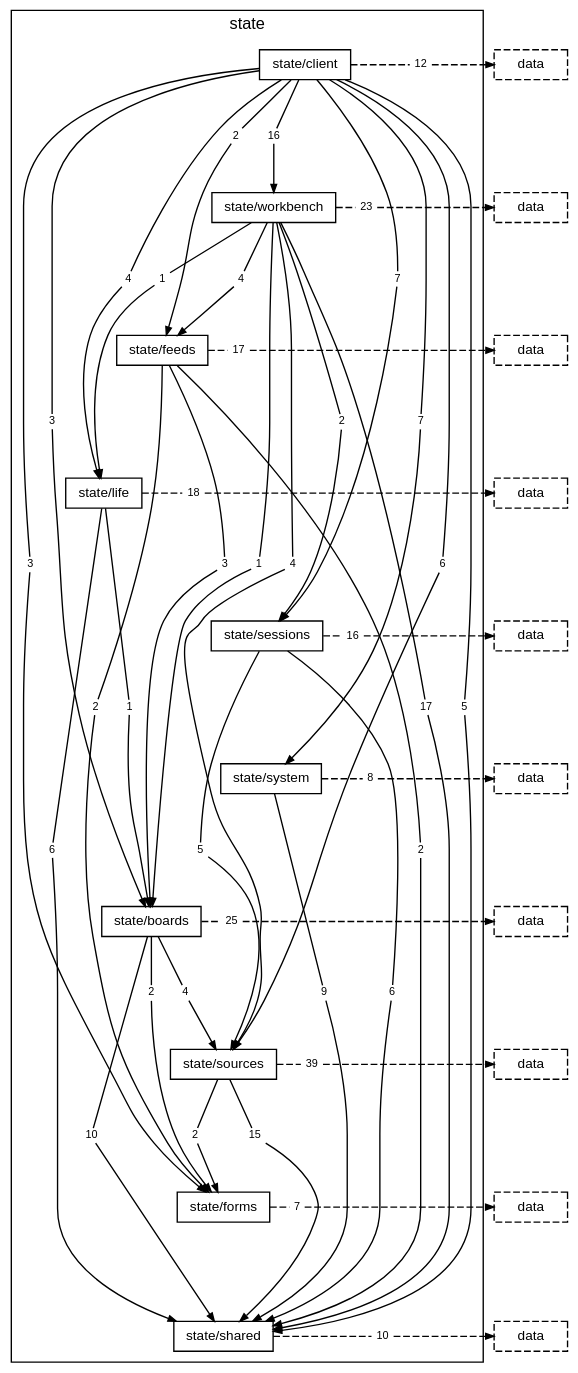
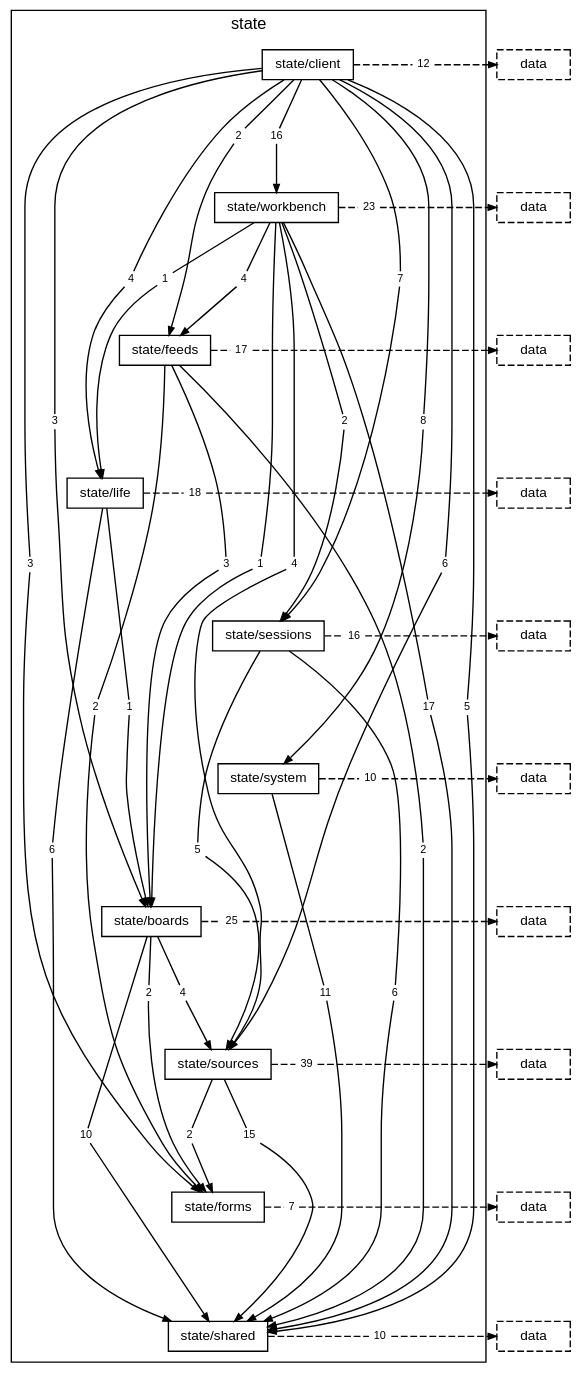
One commit to TheAxeC/oculus changed the diagram in docs/diagrams/layer-state.dot. Above: the diagram before and after it, drawn with Graphviz. The commit also changed 118 other files, not shown here.

```diff
--- a/docs/diagrams/layer-state.dot
+++ b/docs/diagrams/layer-state.dot
@@ -21,7 +21,7 @@
         "folder state/client to folder state/sessions" [label="7", shape=box, color="transparent", fontsize=8, width=0, height=0, margin="0.04,0.02"];
         "folder state/client to folder state/shared" [label="5", shape=box, color="transparent", fontsize=8, width=0, height=0, margin="0.04,0.02"];
         "folder state/client to folder state/sources" [label="6", shape=box, color="transparent", fontsize=8, width=0, height=0, margin="0.04,0.02"];
-        "folder state/client to folder state/system" [label="7", shape=box, color="transparent", fontsize=8, width=0, height=0, margin="0.04,0.02"];
+        "folder state/client to folder state/system" [label="8", shape=box, color="transparent", fontsize=8, width=0, height=0, margin="0.04,0.02"];
         "folder state/client to folder state/workbench" [label="16", shape=box, color="transparent", fontsize=8, width=0, height=0, margin="0.04,0.02"];
         "folder state/client to layer data" [label="12", shape=box, color="transparent", fontsize=8, width=0, height=0, margin="0.04,0.02"];
         "folder state/workbench to folder state/boards" [label="1", shape=box, color="transparent", fontsize=8, width=0, height=0, margin="0.04,0.02"];
@@ -41,8 +41,8 @@
         "folder state/sessions to folder state/shared" [label="6", shape=box, color="transparent", fontsize=8, width=0, height=0, margin="0.04,0.02"];
         "folder state/sessions to folder state/sources" [label="5", shape=box, color="transparent", fontsize=8, width=0, height=0, margin="0.04,0.02"];
         "folder state/sessions to layer data" [label="16", shape=box, color="transparent", fontsize=8, width=0, height=0, margin="0.04,0.02"];
-        "folder state/system to folder state/shared" [label="9", shape=box, color="transparent", fontsize=8, width=0, height=0, margin="0.04,0.02"];
-        "folder state/system to layer data" [label="8", shape=box, color="transparent", fontsize=8, width=0, height=0, margin="0.04,0.02"];
+        "folder state/system to folder state/shared" [label="11", shape=box, color="transparent", fontsize=8, width=0, height=0, margin="0.04,0.02"];
+        "folder state/system to layer data" [label="10", shape=box, color="transparent", fontsize=8, width=0, height=0, margin="0.04,0.02"];
         "folder state/boards to folder state/forms" [label="2", shape=box, color="transparent", fontsize=8, width=0, height=0, margin="0.04,0.02"];
         "folder state/boards to folder state/shared" [label="10", shape=box, color="transparent", fontsize=8, width=0, height=0, margin="0.04,0.02"];
         "folder state/boards to folder state/sources" [label="4", shape=box, color="transparent", fontsize=8, width=0, height=0, margin="0.04,0.02"];
```
